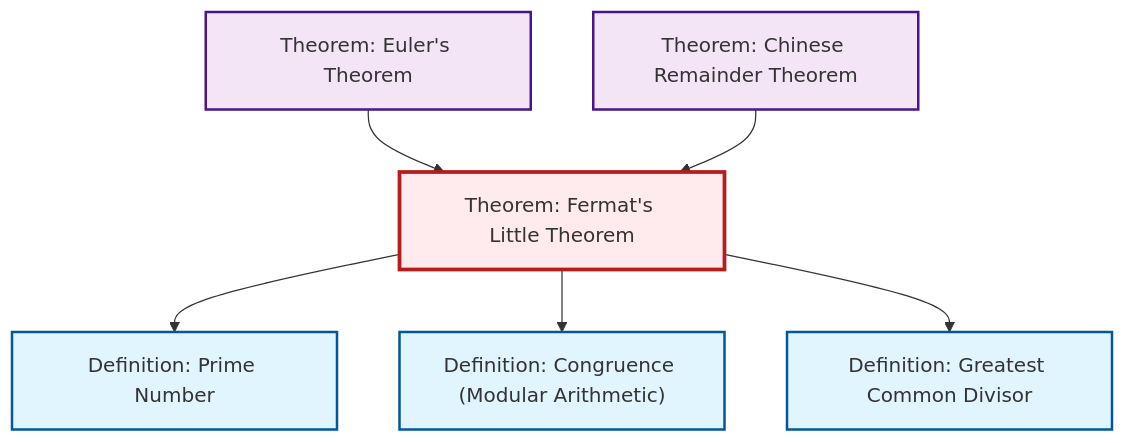
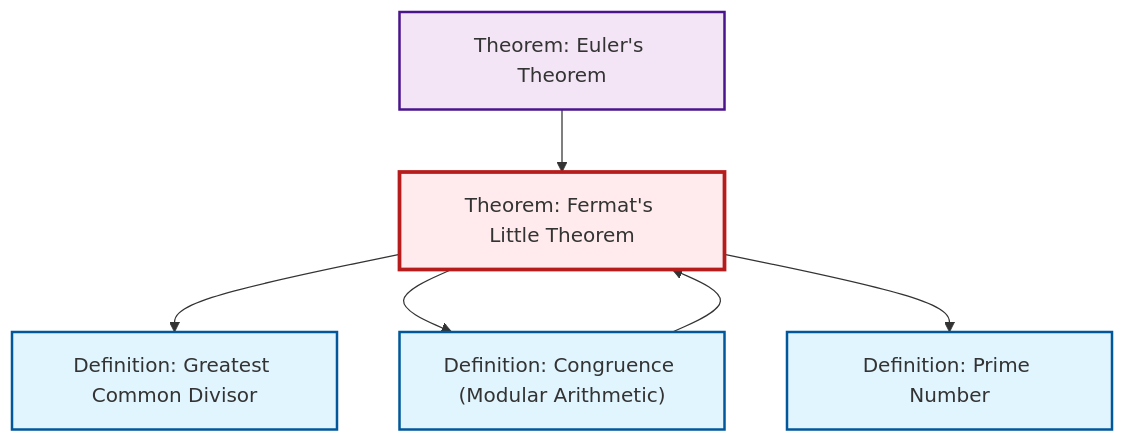
One commit to RK0429/ModernMath changed the diagram in content/en/number-theory/thm-fermat-little.qmd. Above: the diagram before and after it, drawn with Mermaid. The commit also changed other lines of this file and 360 other files, not shown here.

````diff
--- a/content/en/number-theory/thm-fermat-little.qmd
+++ b/content/en/number-theory/thm-fermat-little.qmd
@@ -88,21 +88,24 @@
 ```{mermaid}
 %%| fig-cap: "Local dependency graph"
 graph TD
     classDef definition fill:#e1f5fe,stroke:#01579b,stroke-width:2px
     classDef theorem fill:#f3e5f5,stroke:#4a148c,stroke-width:2px
     classDef axiom fill:#fff3e0,stroke:#e65100,stroke-width:2px
     classDef example fill:#e8f5e9,stroke:#1b5e20,stroke-width:2px
     classDef current fill:#ffebee,stroke:#b71c1c,stroke-width:3px
     thm-fermat-little["Theorem: Fermat's Little Theorem"]:::theorem
+    thm-euler["Theorem: Euler's Theorem"]:::theorem
+    def-congruence["Definition: Congruence (Modular Arithmetic)"]:::definition
     def-prime["Definition: Prime Number"]:::definition
-    def-congruence["Definition: Congruence (Modular Arithmetic)"]:::definition
     def-gcd["Definition: Greatest Common Divisor"]:::definition
-    thm-euler["Theorem: Euler's Theorem"]:::theorem
-    thm-chinese-remainder["Theorem: Chinese Remainder Theorem"]:::theorem
+    def-congruence --> thm-fermat-little
+    thm-fermat-little --> def-gcd
+    thm-fermat-little --> def-congruence
+    thm-euler --> thm-fermat-little
     thm-fermat-little --> def-prime
-    thm-fermat-little --> def-congruence
-    thm-fermat-little --> def-gcd
-    thm-euler --> thm-fermat-little
-    thm-chinese-remainder --> thm-fermat-little
     class thm-fermat-little current
+    click thm-euler "thm-euler.html" "Go to Euler's Theorem theorem"
+    click def-congruence "def-congruence.html" "Go to Congruence (Modular Arithmetic) definition"
+    click def-prime "def-prime.html" "Go to Prime Number definition"
+    click def-gcd "def-gcd.html" "Go to Greatest Common Divisor definition"
 ```
````
